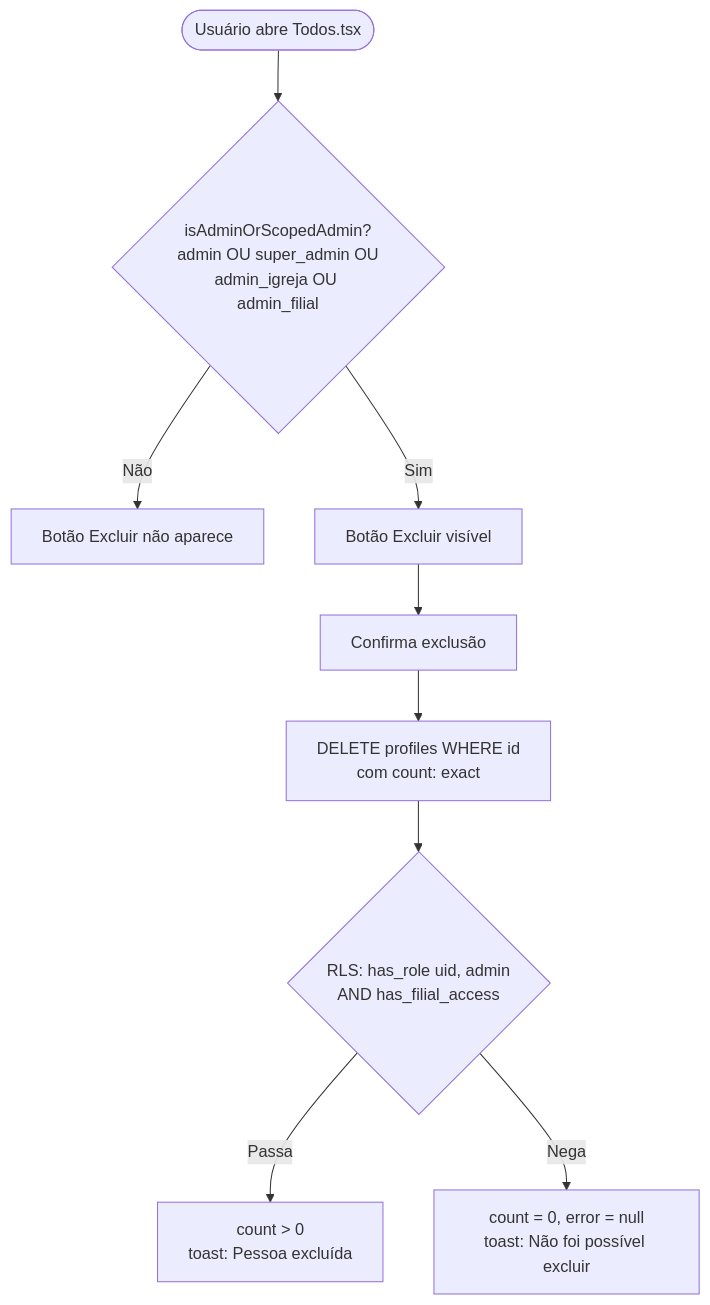
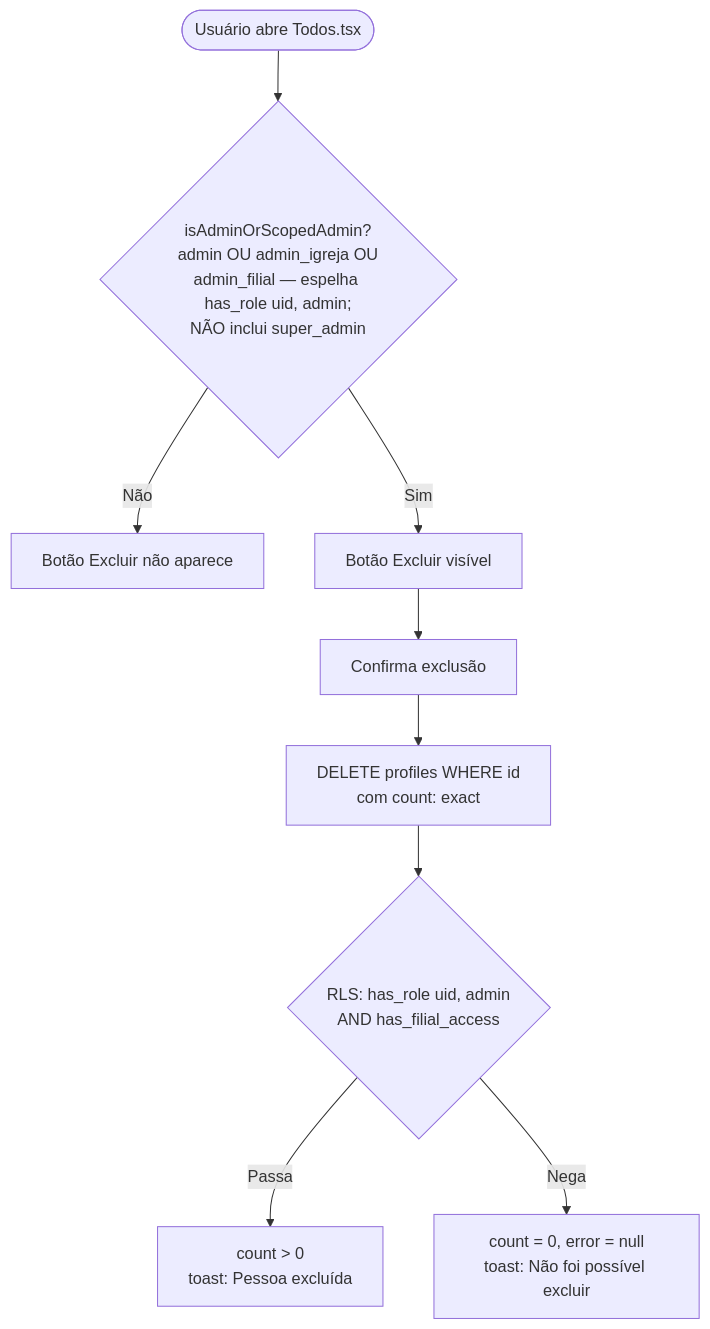
One commit to adrianoapc/igreja-carvalho changed the eighth of 8 diagrams in docs/diagramas/fluxo-pessoas.md. Above: the diagram before and after it, drawn with Mermaid.

Commit message:
docs(diagramas): remove super_admin do gate documentado (fluxo-pessoas.md) (#127)
Achado por review (Codex): o diagrama de exclusão de pessoa, escrito
antes do fix isAdminOrScopedAdmin (68a321e1), ainda dizia "admin OU
super_admin OU admin_igreja OU admin_filial" — mas o helper final
deliberadamente NÃO inclui super_admin (espelha has_role(uid,'admin')
exatamente). Diagrama corrigido pra bater com o comportamento real.

````diff
--- a/docs/diagramas/fluxo-pessoas.md
+++ b/docs/diagramas/fluxo-pessoas.md
@@ -140,11 +140,11 @@
 ```mermaid
 flowchart TD
-    A([Usuário abre Todos.tsx]) --> B{isAdminOrScopedAdmin?<br/>admin OU super_admin OU<br/>admin_igreja OU admin_filial}
+    A([Usuário abre Todos.tsx]) --> B{isAdminOrScopedAdmin?<br/>admin OU admin_igreja OU<br/>admin_filial — espelha has_role uid, admin;<br/>NÃO inclui super_admin}
     B -->|Não| C[Botão Excluir não aparece]
     B -->|Sim| D[Botão Excluir visível]
     D --> E[Confirma exclusão]
     E --> F[DELETE profiles WHERE id<br/>com count: exact]
     F --> G{RLS: has_role uid, admin<br/>AND has_filial_access}
     G -->|Passa| H[count > 0<br/>toast: Pessoa excluída]
     G -->|Nega| I[count = 0, error = null<br/>toast: Não foi possível excluir]
 ```
````
